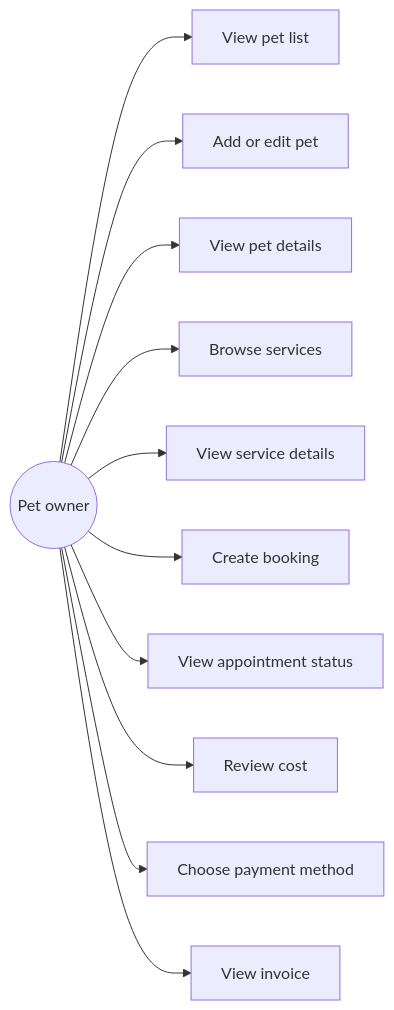
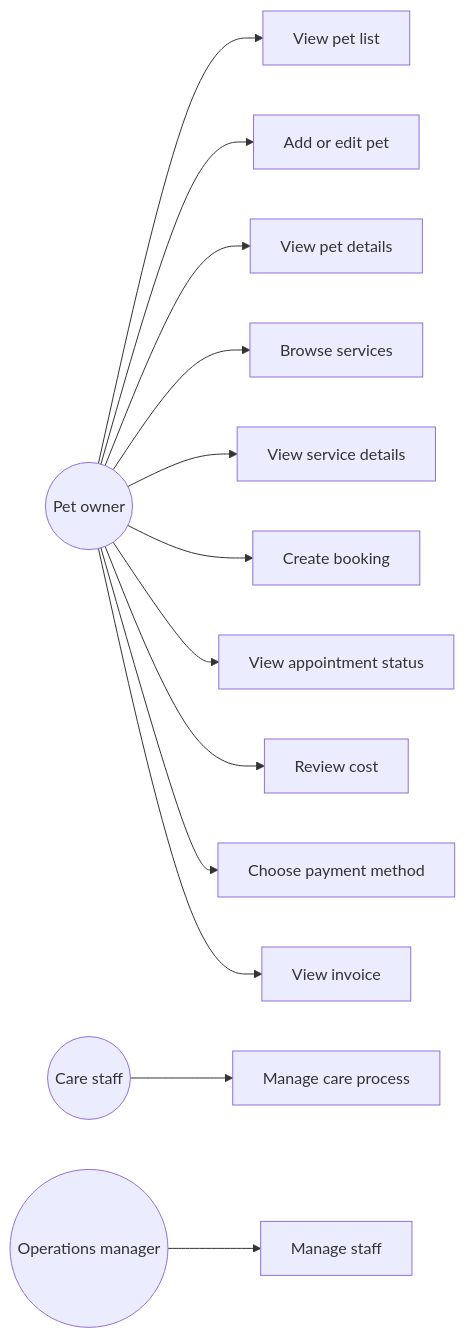
The second of 2 diagrams in docs/analysis/system-overview.md (NguyenMinhHuy229/petcare), drawn with Mermaid before and after one commit. The commit also changed other lines of this file and 15 other files, not shown here.

Commit message:
feat: add care process and staff management flows

````diff
--- a/docs/analysis/system-overview.md
+++ b/docs/analysis/system-overview.md
@@ -24,14 +25,16 @@
 ```mermaid
 flowchart LR
     Owner((Pet owner))
     Owner --> UC1[View pet list]
     Owner --> UC2[Add or edit pet]
     Owner --> UC3[View pet details]
     Owner --> UC4[Browse services]
     Owner --> UC5[View service details]
     Owner --> UC6[Create booking]
     Owner --> UC7[View appointment status]
     Owner --> UC8[Review cost]
     Owner --> UC9[Choose payment method]
     Owner --> UC10[View invoice]
+    Staff((Care staff)) --> UC11[Manage care process]
+    Manager((Operations manager)) --> UC12[Manage staff]
 ```
````
